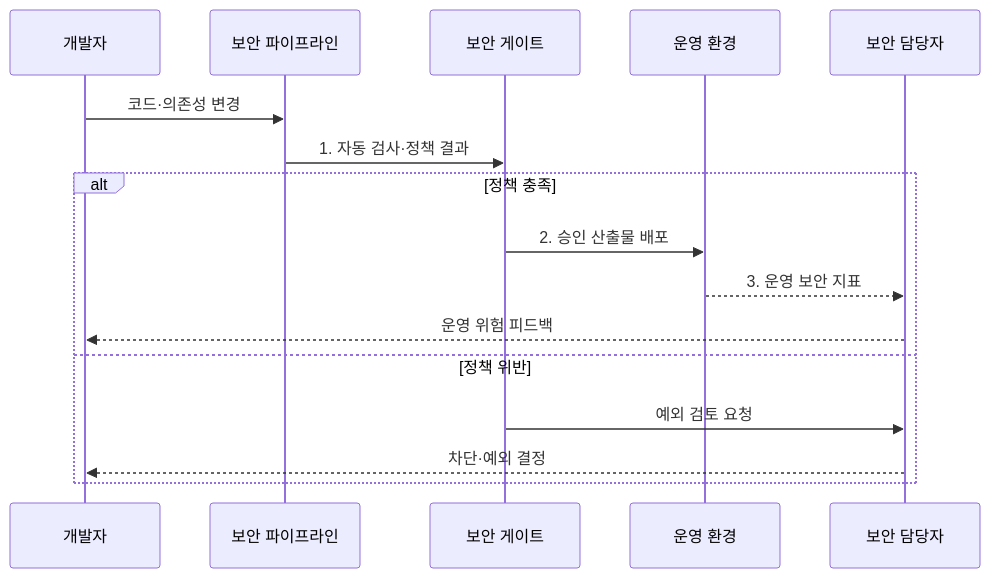
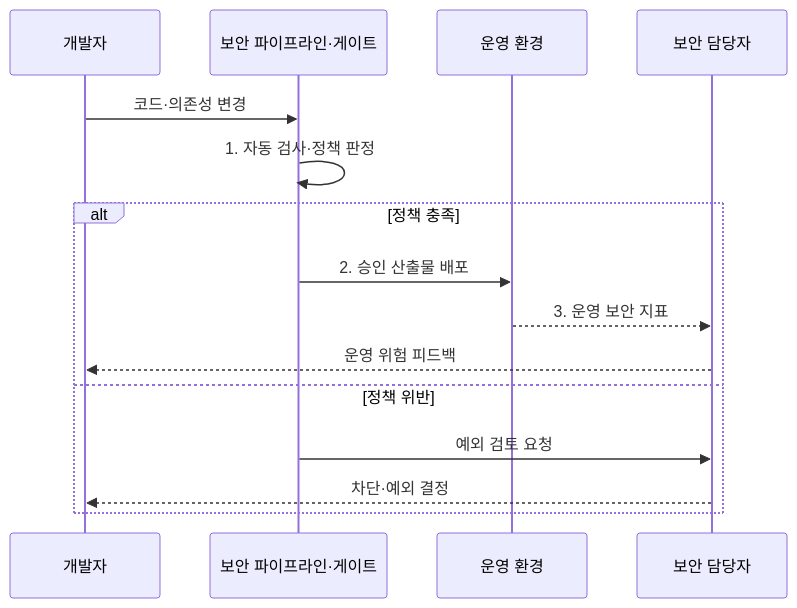
The second of 2 diagrams in src/content/docs/notes/03-software/057_devsecops.md (agnusdei1207/knowledge-base), drawn with Mermaid before and after one commit. The commit also changed other lines of this file and 7 other files, not shown here.

Commit message:
Reduce software delivery diagram actors

````diff
--- a/src/content/docs/notes/03-software/057_devsecops.md
+++ b/src/content/docs/notes/03-software/057_devsecops.md
@@ -101,18 +101,17 @@
 ```mermaid
 sequenceDiagram
     participant D as 개발자
-    participant P as 보안 파이프라인
-    participant G as 보안 게이트
+    participant P as 보안 파이프라인·게이트
     participant E as 운영 환경
     participant S as 보안 담당자
     D->>P: 코드·의존성 변경
-    P->>G: 1. 자동 검사·정책 결과
+    P->>P: 1. 자동 검사·정책 판정
     alt 정책 충족
-        G->>E: 2. 승인 산출물 배포
+        P->>E: 2. 승인 산출물 배포
         E-->>S: 3. 운영 보안 지표
         S-->>D: 운영 위험 피드백
     else 정책 위반
-        G->>S: 예외 검토 요청
+        P->>S: 예외 검토 요청
         S-->>D: 차단·예외 결정
     end
 ```
````
